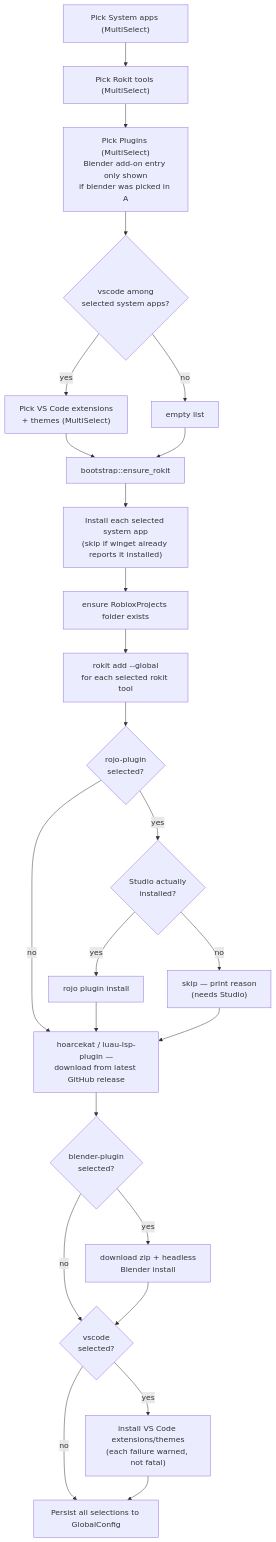
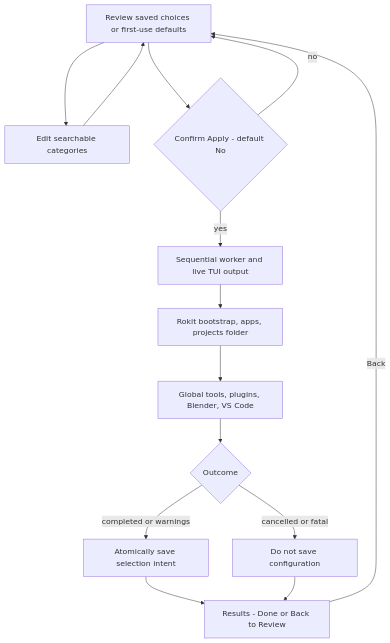
One commit to chatarabdelilah/rproj changed the fifth of 7 diagrams in docs/architecture.md. Above: the diagram before and after it, drawn with Mermaid. The commit also changed other lines of this file and 7 other files, not shown here.

````diff
--- a/docs/architecture.md
+++ b/docs/architecture.md
@@ -647,27 +654,16 @@
 ```mermaid
 flowchart TD
-    A["Pick System apps (MultiSelect)"] --> B["Pick Rokit tools (MultiSelect)"]
-    B --> C["Pick Plugins (MultiSelect)\nBlender add-on entry only shown\nif blender was picked in A"]
-    C --> D{vscode among\nselected system apps?}
-    D -- yes --> E["Pick VS Code extensions\n+ themes (MultiSelect)"]
-    D -- no --> F[empty list]
-    E --> G["bootstrap::ensure_rokit"]
-    F --> G
-    G --> H["Install each selected system app\n(skip if winget already reports it installed)"]
-    H --> I[ensure RobloxProjects folder exists]
-    I --> J["rokit add --global\nfor each selected rokit tool"]
-    J --> K{rojo-plugin\nselected?}
-    K -- yes --> L{Studio actually\ninstalled?}
-    L -- yes --> M[rojo plugin install]
-    L -- no --> N["skip — print reason\n(needs Studio)"]
-    K -- no --> O
-    M --> O["hoarcekat / luau-lsp-plugin —\ndownload from latest GitHub release"]
-    N --> O
-    O --> P{blender-plugin\nselected?}
-    P -- yes --> Q["download zip + headless\nBlender install"]
-    P -- no --> R
-    Q --> R{vscode\nselected?}
-    R -- yes --> S["install VS Code extensions/themes\n(each failure warned, not fatal)"]
-    R -- no --> T[Persist all selections to GlobalConfig]
-    S --> T
+    A[Review saved choices or first-use defaults] --> B[Edit searchable categories]
+    B --> A
+    A --> C{Confirm Apply - default No}
+    C -- no --> A
+    C -- yes --> D[Sequential worker and live TUI output]
+    D --> E[Rokit bootstrap, apps, projects folder]
+    E --> F[Global tools, plugins, Blender, VS Code]
+    F --> G{Outcome}
+    G -- completed or warnings --> H[Atomically save selection intent]
+    G -- cancelled or fatal --> I[Do not save configuration]
+    H --> J[Results - Done or Back to Review]
+    I --> J
+    J -- Back --> A
 ```
````
